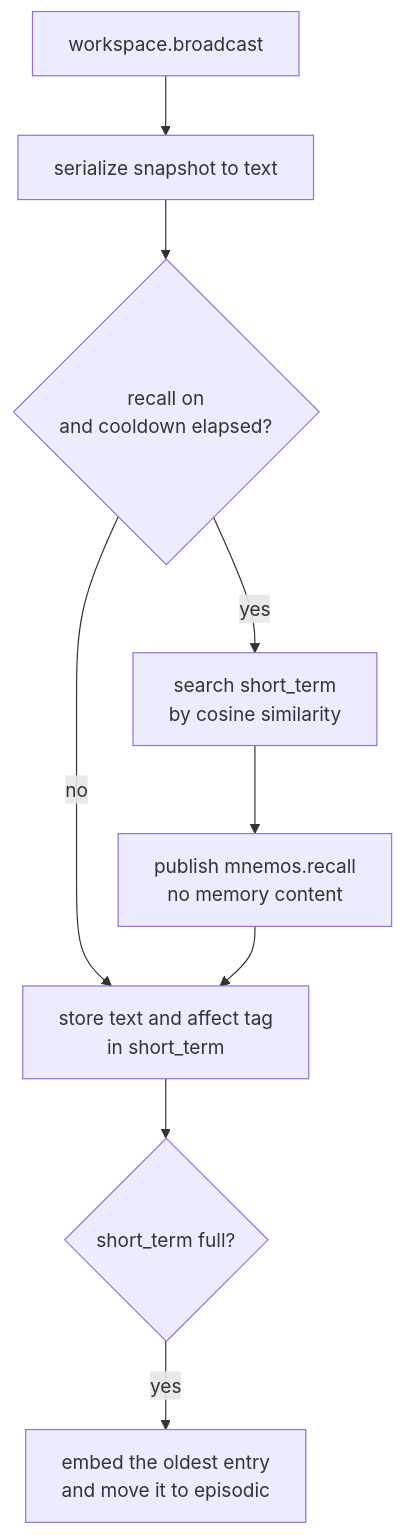
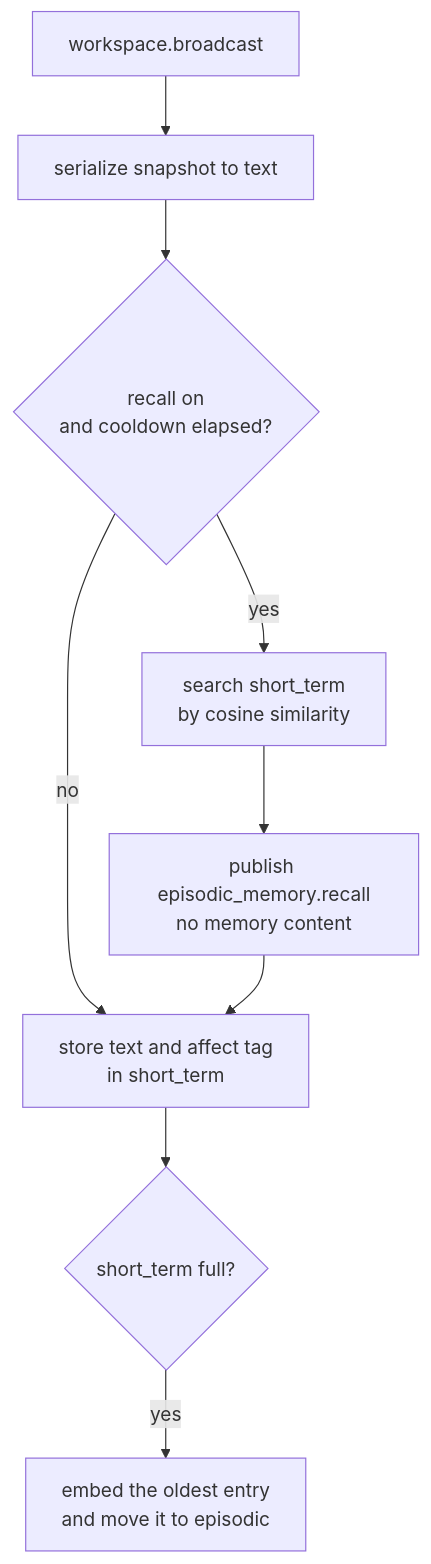
The diagram in docs/09-modules/episodic-memory.md (kaineone/kaine), drawn with Mermaid before and after one commit. The commit also changed other lines of this file and 967 other files, not shown here.

````diff
--- a/docs/09-modules/episodic-memory.md
+++ b/docs/09-modules/episodic-memory.md
@@ -85,11 +85,11 @@
 ```mermaid
 flowchart TD
     WS[workspace.broadcast] --> SER[serialize snapshot to text]
     SER --> COOL{recall on\nand cooldown elapsed?}
     COOL -- yes --> RECALL[search short_term\nby cosine similarity]
-    RECALL --> PUB_REC[publish mnemos.recall\nno memory content]
+    RECALL --> PUB_REC[publish episodic_memory.recall\nno memory content]
     COOL -- no --> STORE
     PUB_REC --> STORE[store text and affect tag\nin short_term]
     STORE --> OVR{short_term full?}
     OVR -- yes --> EVICT[embed the oldest entry\nand move it to episodic]
 ```
````
